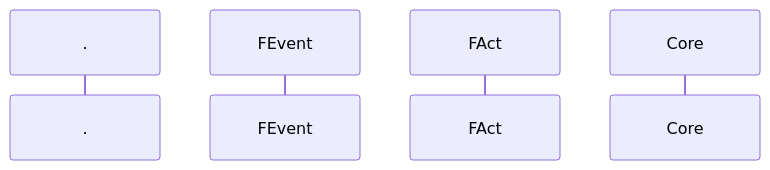
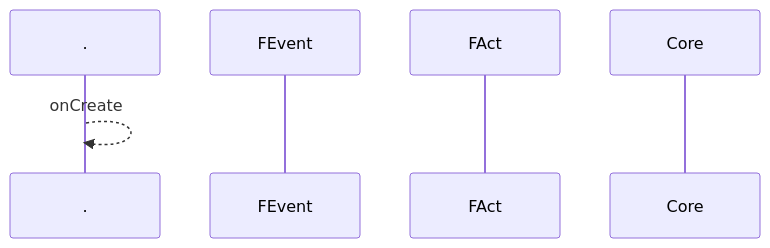
One commit to gordianknotC/nxp_note changed the fourth of 6 diagrams in flutter/android_to_flutter.md. Above: the diagram before and after it, drawn with Mermaid. The commit also changed other lines of this file, not shown here.

````diff
--- a/flutter/android_to_flutter.md
+++ b/flutter/android_to_flutter.md
@@ -169,10 +167,10 @@
 ```mermaid
 sequenceDiagram
 participant .
 participant FEvent
 participant FAct
 participant Core
 
-
+. -->> . :onCreate
 
 ```
````
